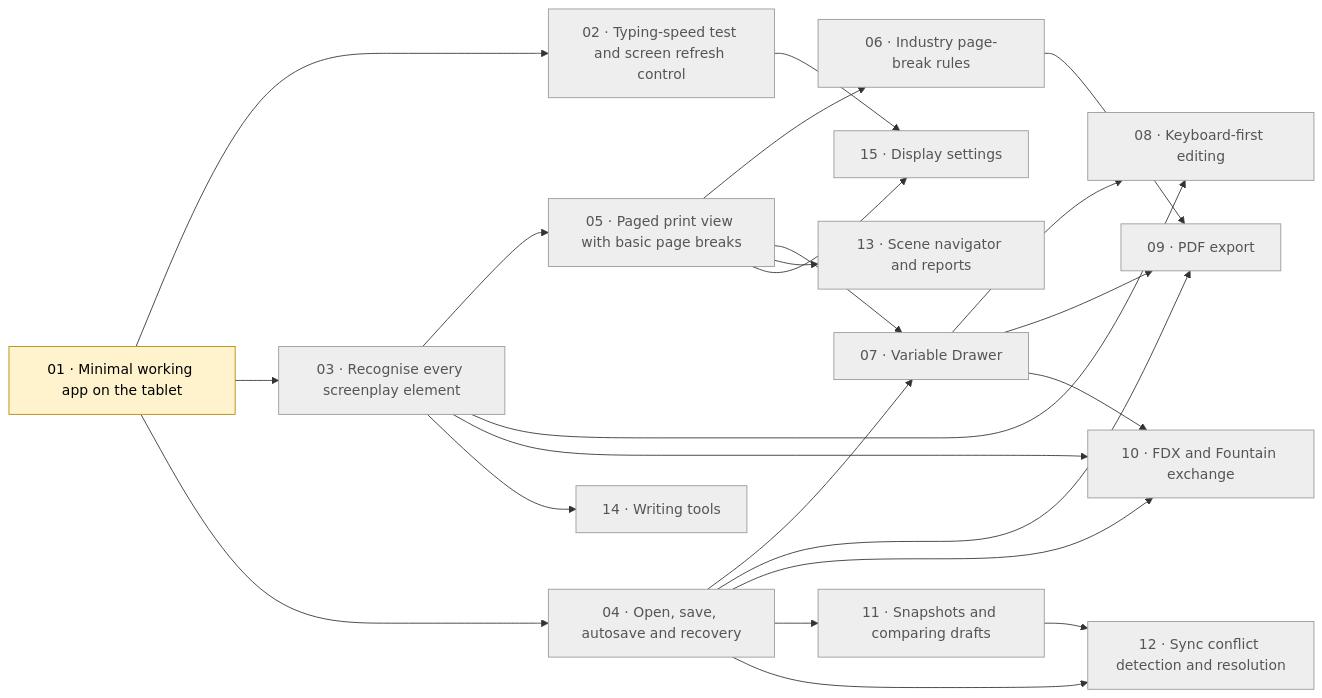
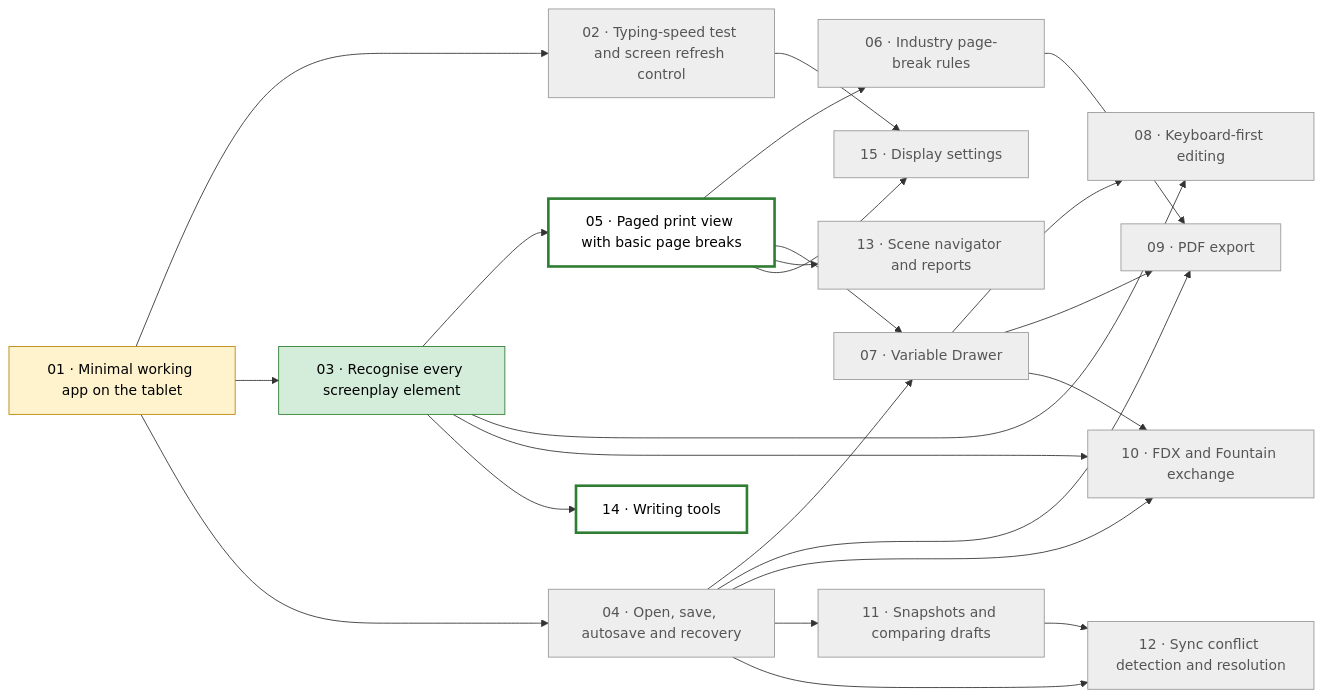
The diagram in PLAN.md (mikebgio/eink-screenplay-writer), drawn with Mermaid before and after one commit. The commit also changed other lines of this file and 52 other files, not shown here.

First line of the commit message:
03: Recognise every screenplay element (#6)

````diff
--- a/PLAN.md
+++ b/PLAN.md
@@ -45,45 +45,45 @@
 ```mermaid
 flowchart LR
   T01["01 · Minimal working app on the tablet"]:::inprogress
   T02["02 · Typing-speed test and screen refresh control"]:::blocked
-  T03["03 · Recognise every screenplay element"]:::blocked
+  T03["03 · Recognise every screenplay element"]:::done
   T04["04 · Open, save, autosave and recovery"]:::blocked
-  T05["05 · Paged print view with basic page breaks"]:::blocked
+  T05["05 · Paged print view with basic page breaks"]:::ready
   T06["06 · Industry page-break rules"]:::blocked
   T07["07 · Variable Drawer"]:::blocked
   T08["08 · Keyboard-first editing"]:::blocked
   T09["09 · PDF export"]:::blocked
   T10["10 · FDX and Fountain exchange"]:::blocked
   T11["11 · Snapshots and comparing drafts"]:::blocked
   T12["12 · Sync conflict detection and resolution"]:::blocked
   T13["13 · Scene navigator and reports"]:::blocked
-  T14["14 · Writing tools"]:::blocked
+  T14["14 · Writing tools"]:::ready
   T15["15 · Display settings"]:::blocked
   T01 --> T02
   T01 --> T03
   T01 --> T04
   T03 --> T05
   T05 --> T06
   T04 --> T07
   T05 --> T07
   T03 --> T08
   T07 --> T08
   T04 --> T09
   T06 --> T09
   T07 --> T09
   T03 --> T10
   T04 --> T10
   T07 --> T10
   T04 --> T11
   T04 --> T12
   T11 --> T12
   T05 --> T13
   T03 --> T14
   T02 --> T15
   T05 --> T15
   classDef done fill:#d4edda,stroke:#2e7d32,color:#000
   classDef needsdevice fill:#e3f2fd,stroke:#1565c0,color:#000
   classDef inprogress fill:#fff3cd,stroke:#b8860b,color:#000
   classDef ready fill:#ffffff,stroke:#2e7d32,stroke-width:3px,color:#000
   classDef blocked fill:#eeeeee,stroke:#999,color:#555
 ```
````
